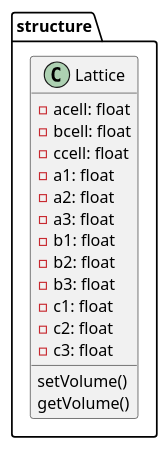
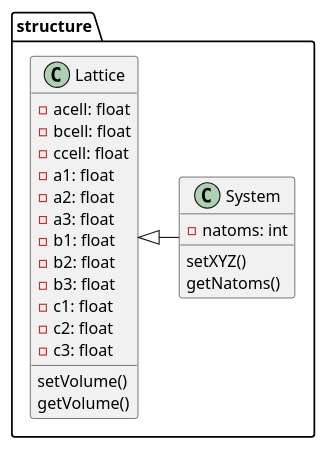
Before and after one commit to flavianowilliams/M3L: the diagram in docs/phase_diagram.puml, drawn with PlantUML. The commit also changed 7 other files, not shown here.

```diff
--- a/docs/phase_diagram.puml
+++ b/docs/phase_diagram.puml
@@ -1,20 +1,26 @@
 @startuml M3L
 package structure{
     class Lattice{
         -acell: float
         -bcell: float
         -ccell: float
         -a1: float
         -a2: float
         -a3: float
         -b1: float
         -b2: float
         -b3: float
         -c1: float
         -c2: float
         -c3: float
         setVolume()
         getVolume()
     }
+    class System{
+        -natoms: int
+        setXYZ()
+        getNatoms()
+    }
+    Lattice <|- System
 }
 @enduml
```
